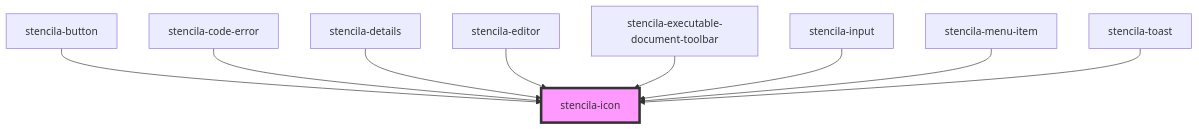
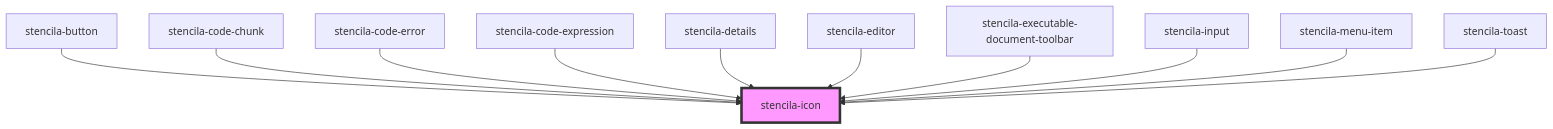
One commit to stencila/designa changed the diagram in packages/components/src/components/icon/readme.md. Above: the diagram before and after it, drawn with Mermaid. The commit also changed other lines of this file and 15 other files, not shown here.

````diff
--- a/packages/components/src/components/icon/readme.md
+++ b/packages/components/src/components/icon/readme.md
@@ -28,12 +31,14 @@
 ```mermaid
 graph TD;
   stencila-button --> stencila-icon
+  stencila-code-chunk --> stencila-icon
   stencila-code-error --> stencila-icon
+  stencila-code-expression --> stencila-icon
   stencila-details --> stencila-icon
   stencila-editor --> stencila-icon
   stencila-executable-document-toolbar --> stencila-icon
   stencila-input --> stencila-icon
   stencila-menu-item --> stencila-icon
   stencila-toast --> stencila-icon
   style stencila-icon fill:#f9f,stroke:#333,stroke-width:4px
 ```
````
